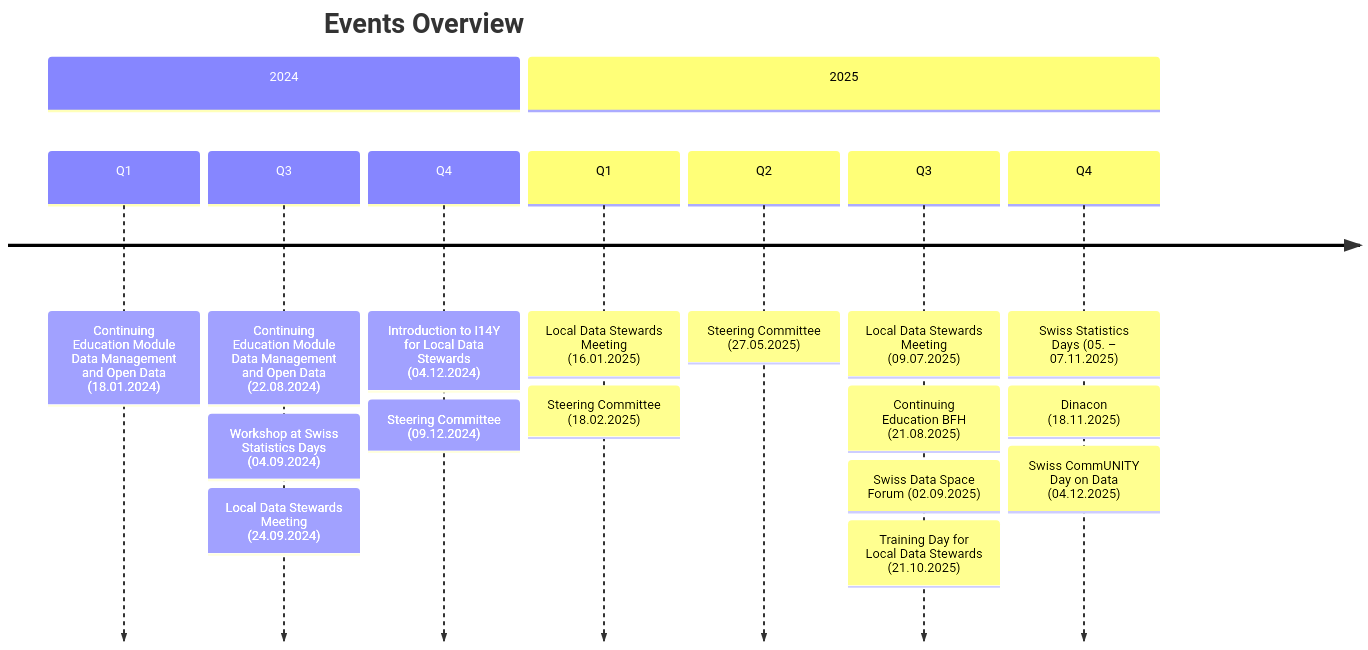
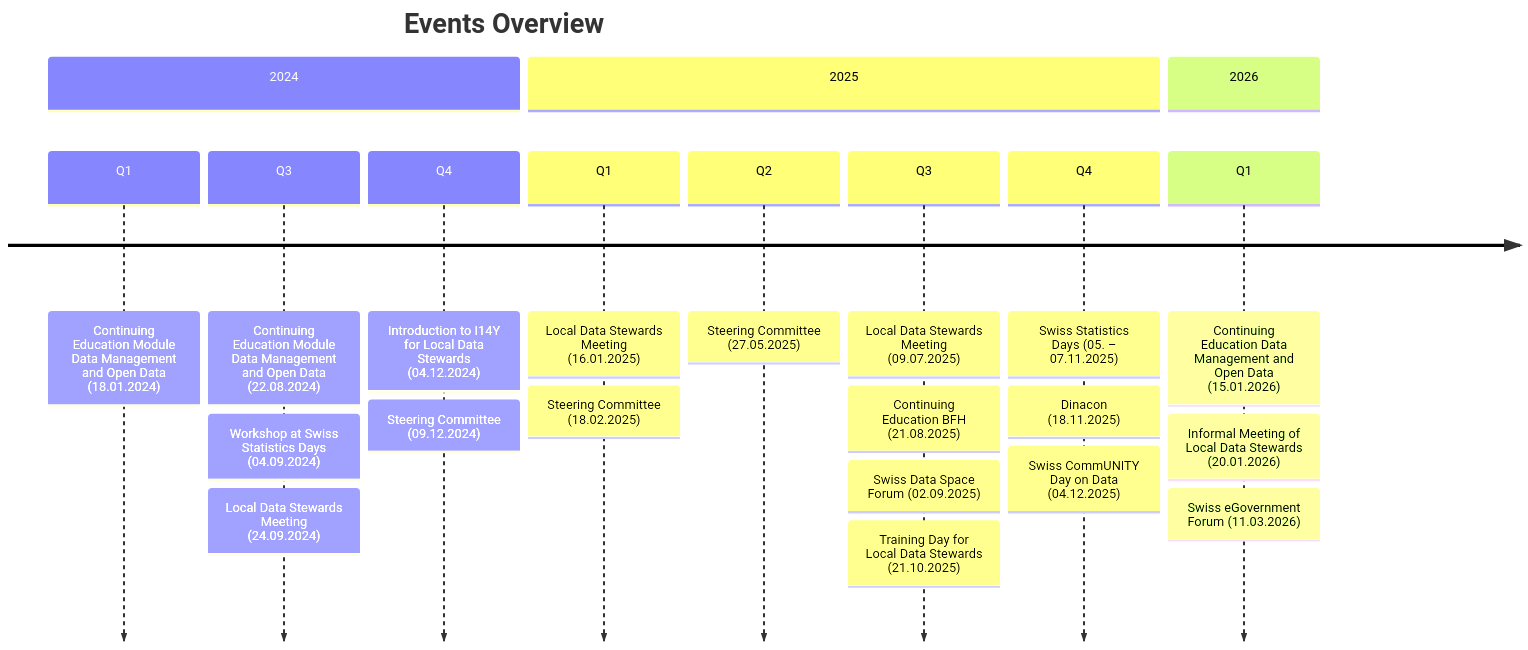
Before and after one commit to I14Y-ch/handbook: the diagram in content/en/events/_index.md, drawn with Mermaid. The commit also changed other lines of this file and 7 other files, not shown here.

```diff
--- a/content/en/events/_index.md
+++ b/content/en/events/_index.md
@@ -11,24 +11,29 @@
 {{< mermaid width="650px" >}}
 timeline
     title Events Overview
 
     section 2024
       Q1 : Continuing Education Module Data Management and Open Data (18.01.2024)
       Q3 : Continuing Education Module Data Management and Open Data (22.08.2024)
          : Workshop at Swiss Statistics Days (04.09.2024)
          : Local Data Stewards Meeting (24.09.2024)
       Q4 : Introduction to I14Y for Local Data Stewards (04.12.2024)
          : Steering Committee (09.12.2024)
 
     section 2025
       Q1 : Local Data Stewards Meeting (16.01.2025)
          : Steering Committee (18.02.2025)
       Q2 : Steering Committee (27.05.2025)
       Q3 : Local Data Stewards Meeting (09.07.2025)
          : Continuing Education BFH (21.08.2025)
          : Swiss Data Space Forum (02.09.2025)
          : Training Day for Local Data Stewards (21.10.2025)
       Q4 : Swiss Statistics Days (05. – 07.11.2025)
          : Dinacon (18.11.2025)
          : Swiss CommUNITY Day on Data (04.12.2025)
-{{< /mermaid >}}
+           
+    section 2026
+      Q1 : Continuing Education Data Management and Open Data (15.01.2026)
+         : Informal Meeting of Local Data Stewards (20.01.2026)
+         : Swiss eGovernment Forum (11.03.2026)
+        {{< /mermaid >}}
```
